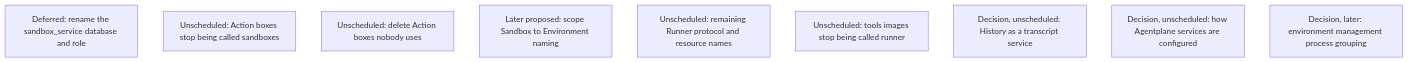
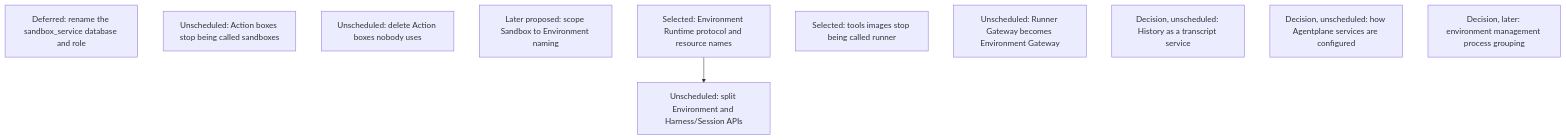
Before and after one commit to agentydragon/ducktape: the tenth of 18 diagrams in agentplane/plans/task_dag.md, drawn with Mermaid. The commit also changed other lines of this file and 458 other files, not shown here.

Commit message:
agentplane: rename Runner to Environment Runtime

````diff
--- a/agentplane/plans/task_dag.md
+++ b/agentplane/plans/task_dag.md
@@ -1890,12 +1891,15 @@
 ```mermaid
 flowchart TD
     HISTORY_DATABASE_RENAME[Deferred: rename the sandbox_service database and role]
     ACTION_BOX_RENAME[Unscheduled: Action boxes stop being called sandboxes]
     ACTION_BOX_IDLE_REAPER[Unscheduled: delete Action boxes nobody uses]
     SANDBOX_ENVIRONMENT_RENAME_DESIGN[Later proposed: scope Sandbox to Environment naming]
-    RUNNER_RENAME[Unscheduled: remaining Runner protocol and resource names]
-    RUNNER_IMAGES_RENAME[Unscheduled: tools images stop being called runner]
+    RUNNER_RENAME[Selected: Environment Runtime protocol and resource names]
+    RUNNER_IMAGES_RENAME[Selected: tools images stop being called runner]
+    RUNNER_GATEWAY_RENAME[Unscheduled: Runner Gateway becomes Environment Gateway]
+    ENVIRONMENT_RUNTIME_SERVICE_SPLIT[Unscheduled: split Environment and Harness/Session APIs]
+    RUNNER_RENAME --> ENVIRONMENT_RUNTIME_SERVICE_SPLIT
     HISTORY_SERVICE_RENAME[Decision, unscheduled: History as a transcript service]
     SERVICE_SETTINGS_RETHINK[Decision, unscheduled: how Agentplane services are configured]
     ENV_MANAGEMENT_PROCESS_CONSOLIDATION_DESIGN[Decision, later: environment management process grouping]
 ```
````
